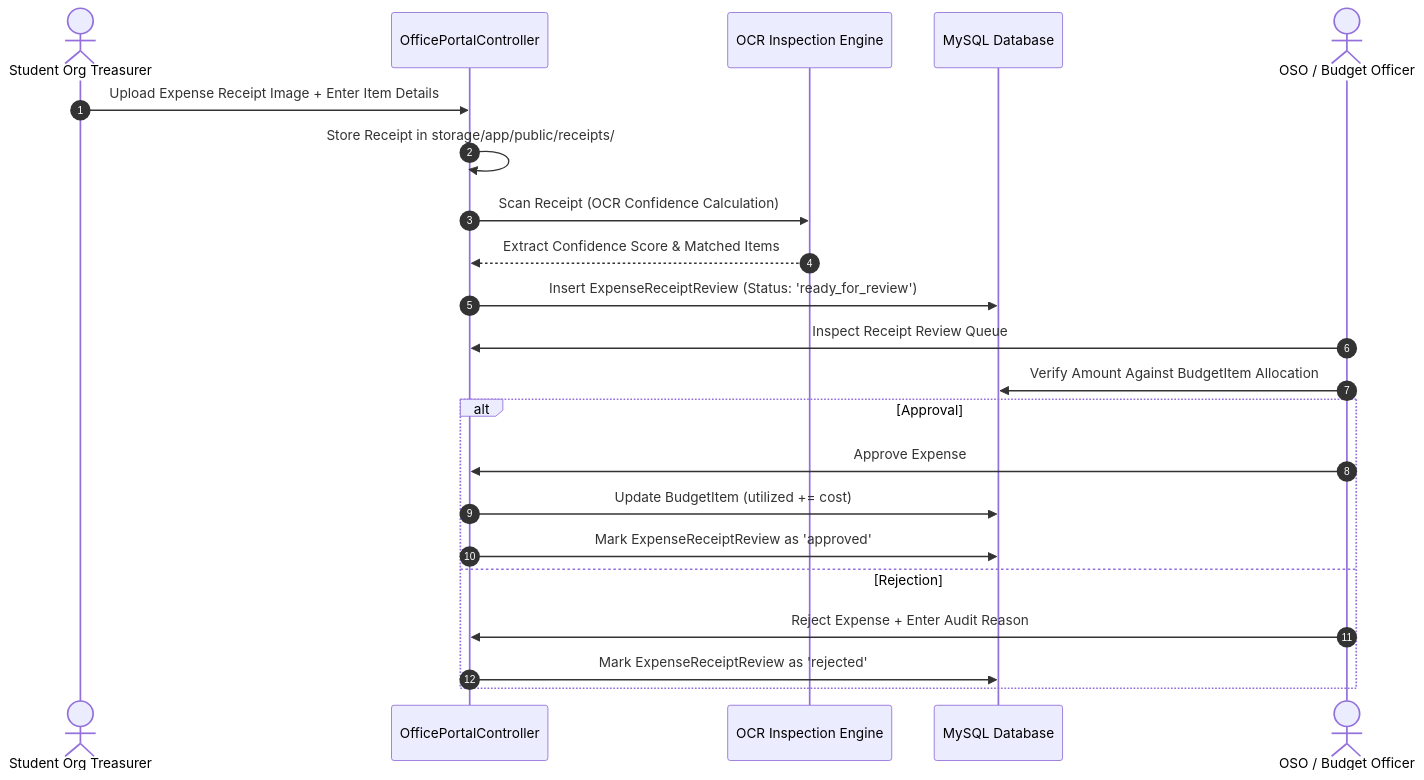
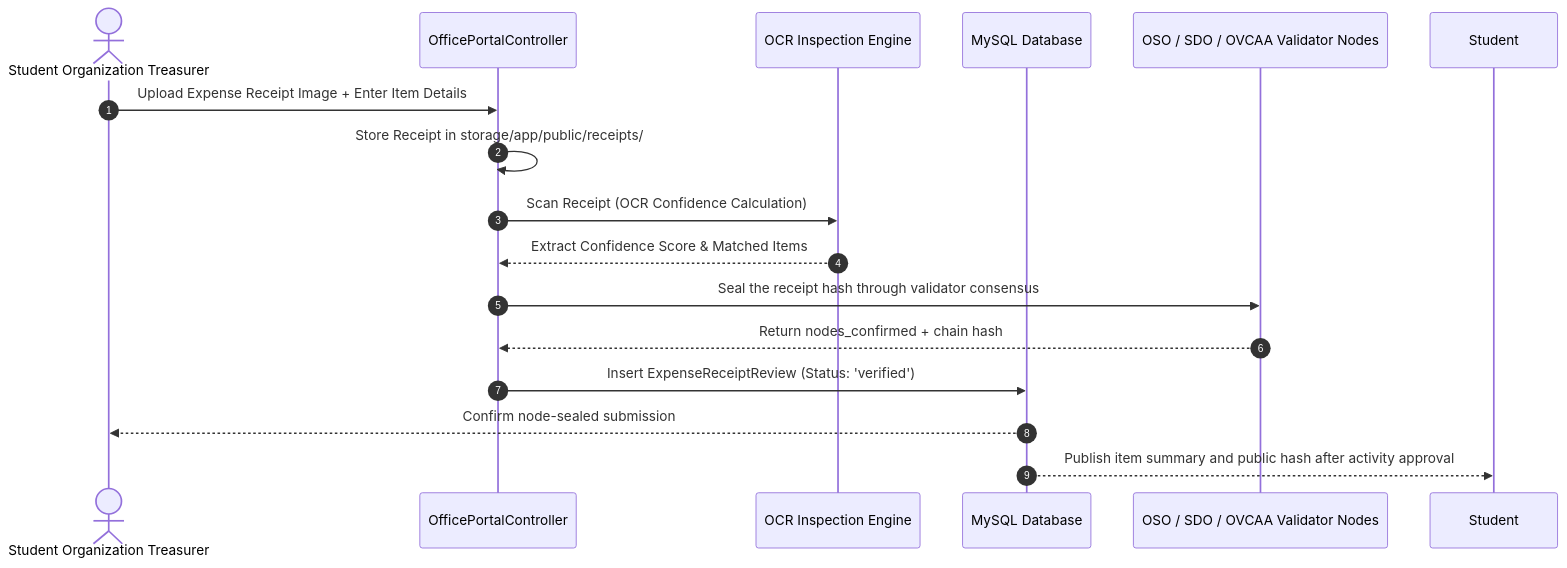
One commit to chals1029/OrgChainProject changed the third of 3 diagrams in ORGCHAIN/01 - System Architecture/End-to-End Data Flow.md. Above: the diagram before and after it, drawn with Mermaid. The commit also changed other lines of this file and 285 other files, not shown here.

Commit message:
Add student organization renewal qualification and status monitor for OSO

````diff
--- a/ORGCHAIN/01 - System Architecture/End-to-End Data Flow.md
+++ b/ORGCHAIN/01 - System Architecture/End-to-End Data Flow.md
@@ -98,27 +98,19 @@
 ```mermaid
 sequenceDiagram
     autonumber
-    actor Org as Student Org Treasurer
+    actor Org as Student Organization Treasurer
     participant OP as OfficePortalController
     participant OCR as OCR Inspection Engine
     participant DB as MySQL Database
-    actor Auditor as OSO / Budget Officer
+    participant NODES as OSO / SDO / OVCAA Validator Nodes
 
     Org->>OP: Upload Expense Receipt Image + Enter Item Details
     OP->>OP: Store Receipt in storage/app/public/receipts/
     OP->>OCR: Scan Receipt (OCR Confidence Calculation)
     OCR-->>OP: Extract Confidence Score & Matched Items
-    OP->>DB: Insert ExpenseReceiptReview (Status: 'ready_for_review')
-    
-    Auditor->>OP: Inspect Receipt Review Queue
-    Auditor->>DB: Verify Amount Against BudgetItem Allocation
-    
-    alt Approval
-        Auditor->>OP: Approve Expense
-        OP->>DB: Update BudgetItem (utilized += cost)
-        OP->>DB: Mark ExpenseReceiptReview as 'approved'
-    else Rejection
-        Auditor->>OP: Reject Expense + Enter Audit Reason
-        OP->>DB: Mark ExpenseReceiptReview as 'rejected'
-    end
+    OP->>NODES: Seal the receipt hash through validator consensus
+    NODES-->>OP: Return nodes_confirmed + chain hash
+    OP->>DB: Insert ExpenseReceiptReview (Status: 'verified')
+    DB-->>Org: Confirm node-sealed submission
+    DB-->>Student: Publish item summary and public hash after activity approval
 ```
````
